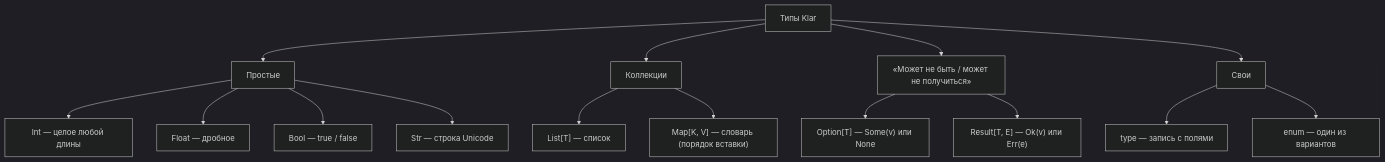
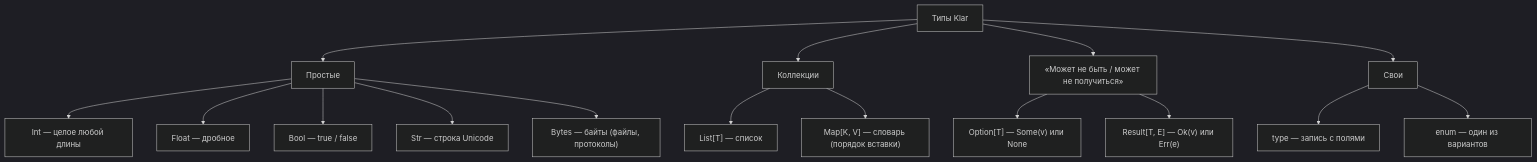
The second of 12 diagrams in docs/GUIDE.md (veosett/Klar), drawn with Mermaid (dark theme) before and after one commit. The commit also changed other lines of this file and 23 other files, not shown here.

````diff
--- a/docs/GUIDE.md
+++ b/docs/GUIDE.md
@@ -43,17 +43,18 @@
 ```mermaid
 flowchart TB
     T["Типы Klar"] --> P["Простые"]
     T --> C["Коллекции"]
     T --> M["«Может не быть / может не получиться»"]
     T --> U["Свои"]
     P --> P1["Int — целое любой длины"]
     P --> P2["Float — дробное"]
     P --> P3["Bool — true / false"]
     P --> P4["Str — строка Unicode"]
+    P --> P5["Bytes — байты (файлы, протоколы)"]
     C --> C1["List[T] — список"]
     C --> C2["Map[K, V] — словарь (порядок вставки)"]
     M --> M1["Option[T] — Some(v) или None"]
     M --> M2["Result[T, E] — Ok(v) или Err(e)"]
     U --> U1["type — запись с полями"]
     U --> U2["enum — один из вариантов"]
 ```
````
